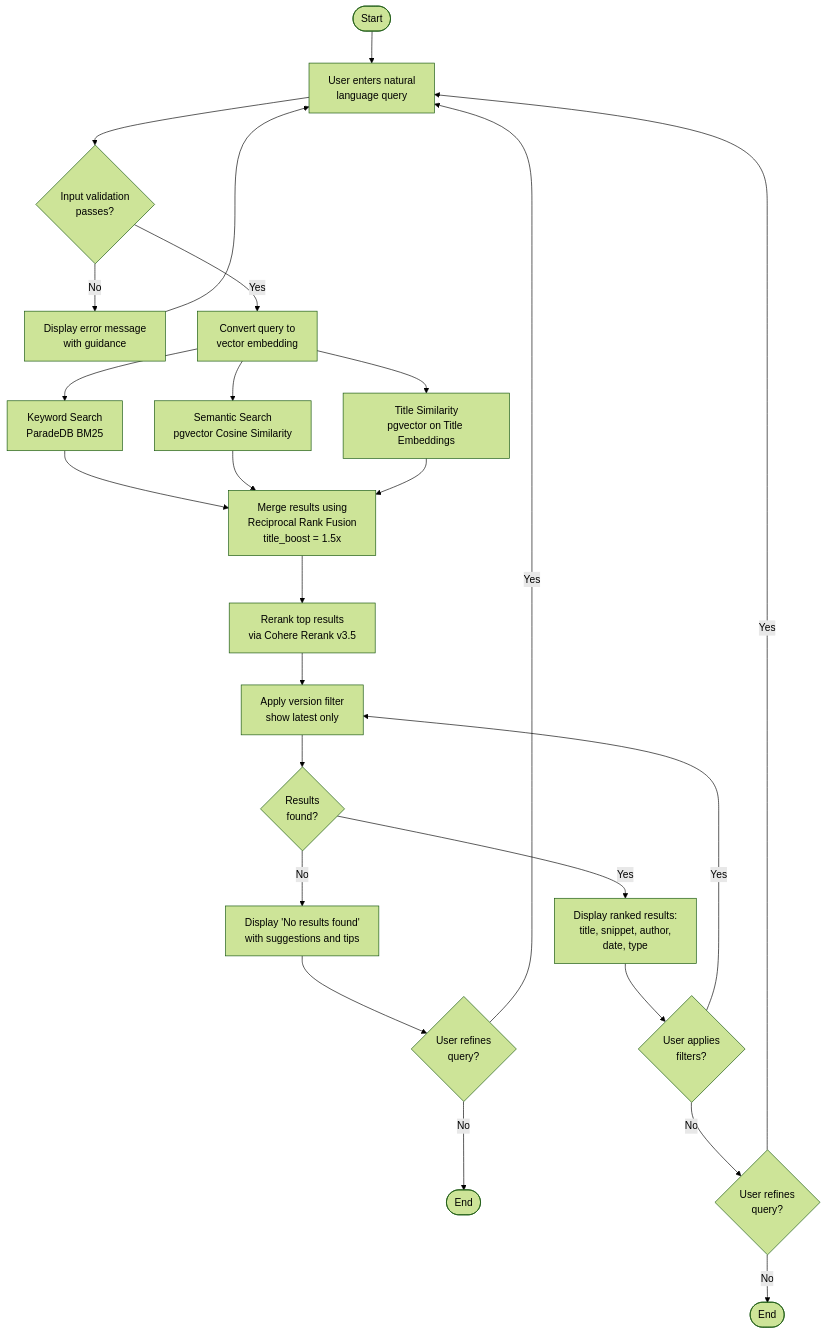
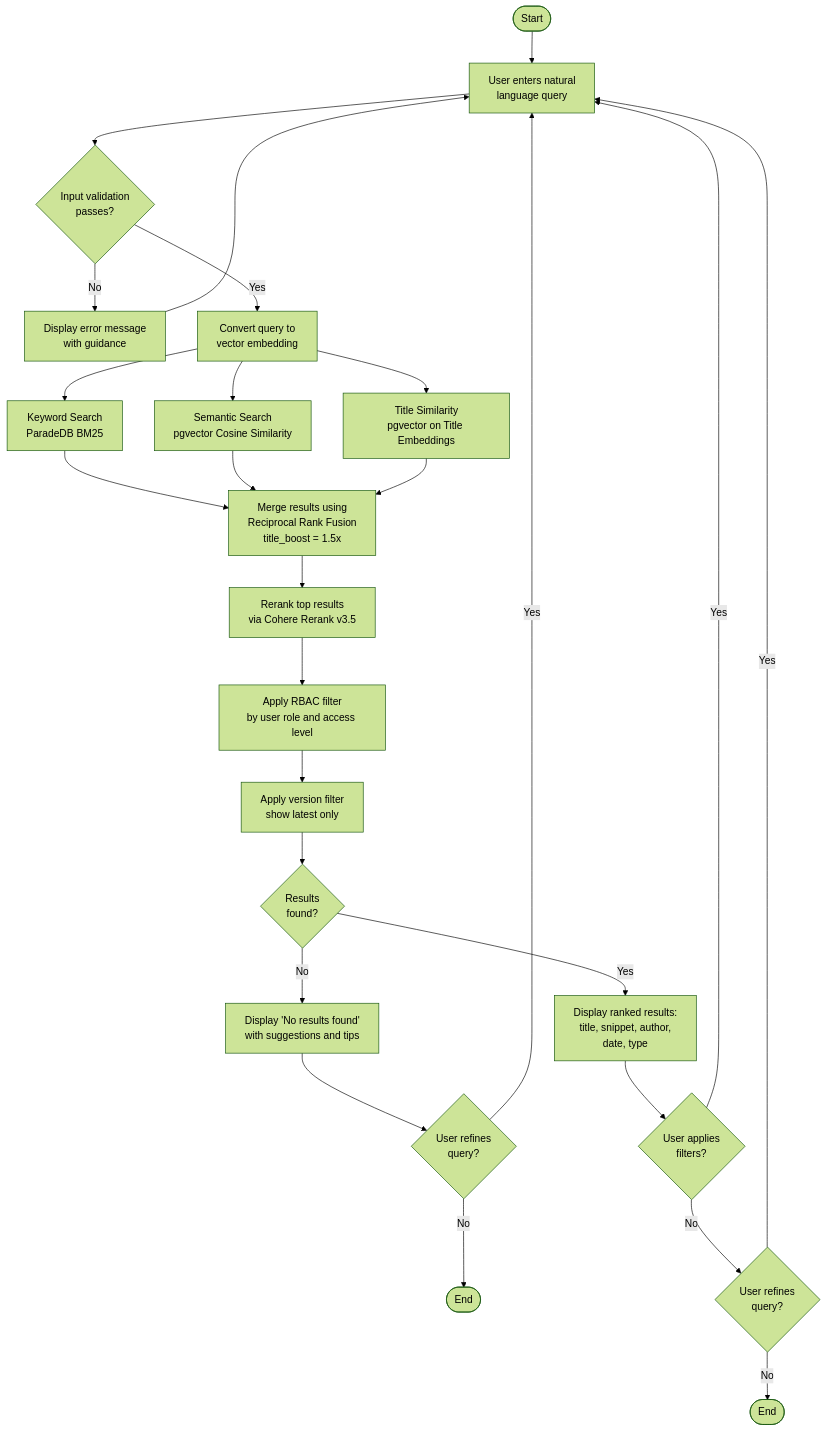
Before and after one commit to FlyM1ss/capstone-project: the diagram in software-engineering/diagrams/activity.mmd, drawn with Mermaid (forest theme). The commit also changed 12 other files, not shown here.

```diff
--- a/software-engineering/diagrams/activity.mmd
+++ b/software-engineering/diagrams/activity.mmd
@@ -1,25 +1,26 @@
 flowchart TD
     Start([Start]) --> A[User enters natural<br/>language query]
     A --> B{Input validation<br/>passes?}
     B -->|No| C[Display error message<br/>with guidance]
     C --> A
     B -->|Yes| E[Convert query to<br/>vector embedding]
     E --> F1[Keyword Search<br/>ParadeDB BM25]
     E --> F2[Semantic Search<br/>pgvector Cosine Similarity]
     E --> F3[Title Similarity<br/>pgvector on Title Embeddings]
     F1 --> G[Merge results using<br/>Reciprocal Rank Fusion<br/>title_boost = 1.5x]
     F2 --> G
     F3 --> G
     G --> G2[Rerank top results<br/>via Cohere Rerank v3.5]
-    G2 --> G3[Apply version filter<br/>show latest only]
+    G2 --> G25[Apply RBAC filter<br/>by user role and access level]
+    G25 --> G3[Apply version filter<br/>show latest only]
     G3 --> I{Results<br/>found?}
     I -->|No| J["Display 'No results found'<br/>with suggestions and tips"]
     J --> K{User refines<br/>query?}
     K -->|Yes| A
     K -->|No| End1([End])
     I -->|Yes| L[Display ranked results:<br/>title, snippet, author,<br/>date, type]
     L --> P{User applies<br/>filters?}
-    P -->|Yes| G3
+    P -->|Yes| A
     P -->|No| Q{User refines<br/>query?}
     Q -->|Yes| A
     Q -->|No| End3([End])
```
